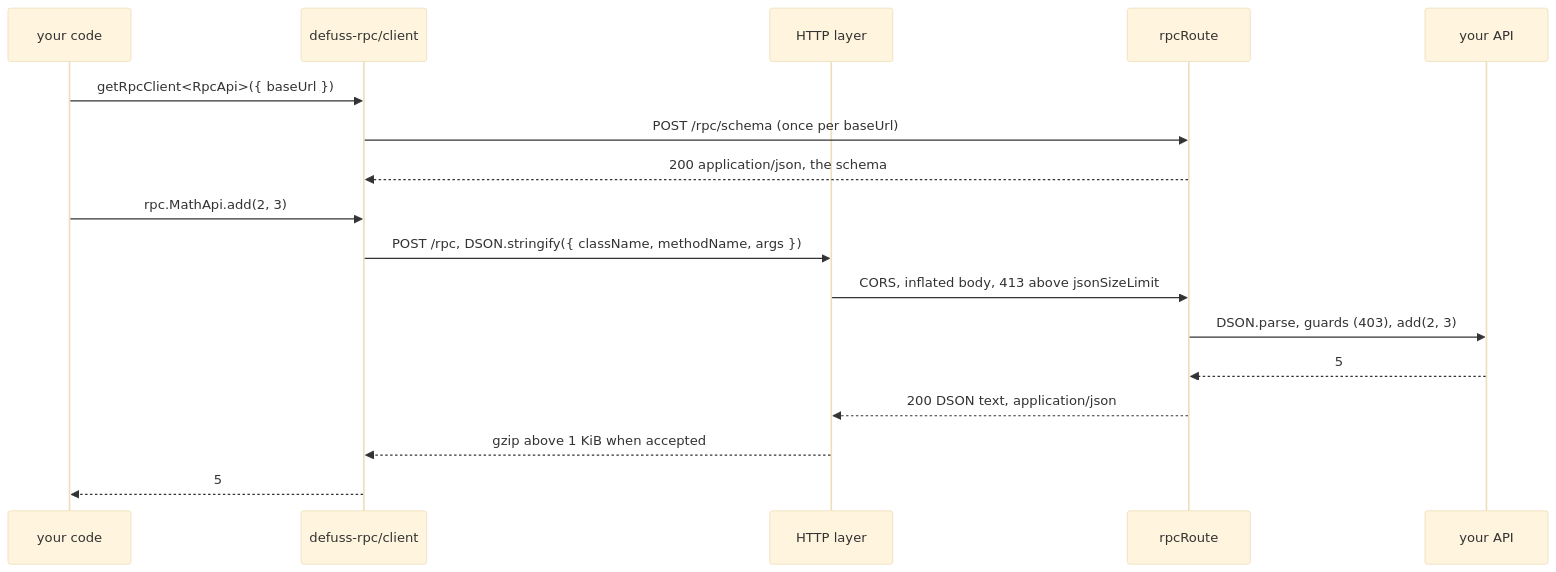
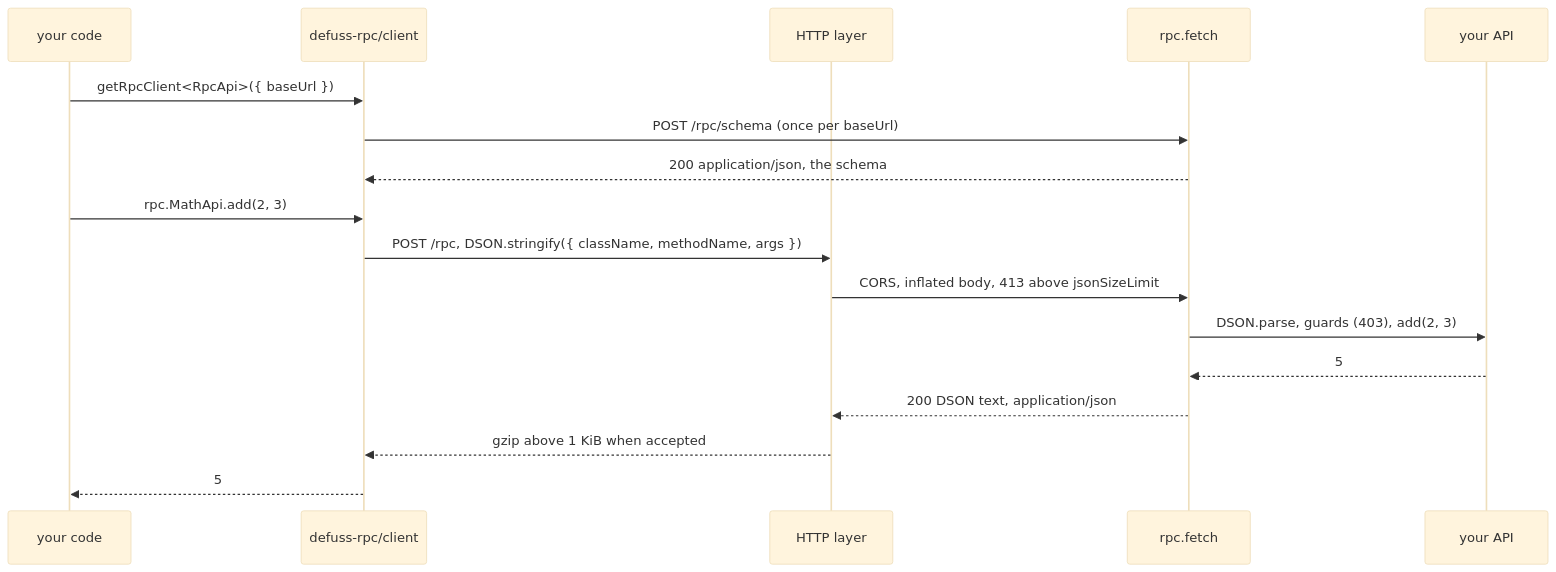
One commit to kyr0/defuss-rpc changed the first of 4 diagrams in README.md. Above: the diagram before and after it, drawn with Mermaid (base theme). The commit also changed other lines of this file and 48 other files, not shown here.

````diff
--- a/README.md
+++ b/README.md
@@ -558,19 +591,19 @@
 ```mermaid
 sequenceDiagram
   participant App as your code
   participant Client as defuss-rpc/client
   participant HTTP as HTTP layer
-  participant Route as rpcRoute
+  participant Route as rpc.fetch
   participant API as your API
   App->>Client: getRpcClient<RpcApi>({ baseUrl })
   Client->>Route: POST /rpc/schema (once per baseUrl)
   Route-->>Client: 200 application/json, the schema
   App->>Client: rpc.MathApi.add(2, 3)
   Client->>HTTP: POST /rpc, DSON.stringify({ className, methodName, args })
   HTTP->>Route: CORS, inflated body, 413 above jsonSizeLimit
   Route->>API: DSON.parse, guards (403), add(2, 3)
   API-->>Route: 5
   Route-->>HTTP: 200 DSON text, application/json
   HTTP-->>Client: gzip above 1 KiB when accepted
   Client-->>App: 5
 ```
````
